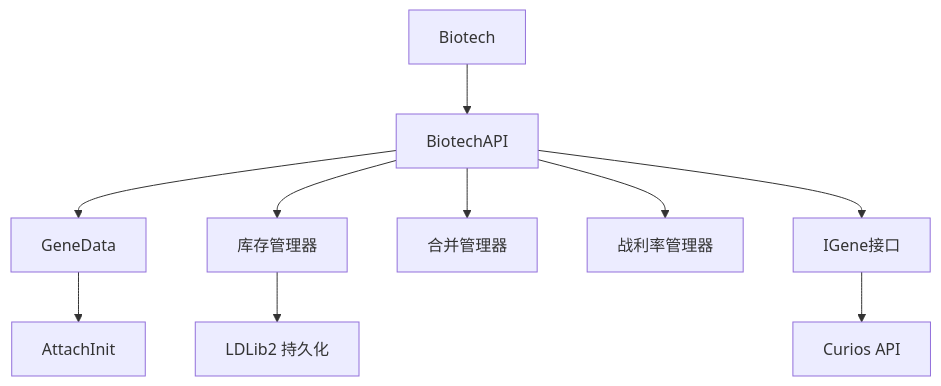
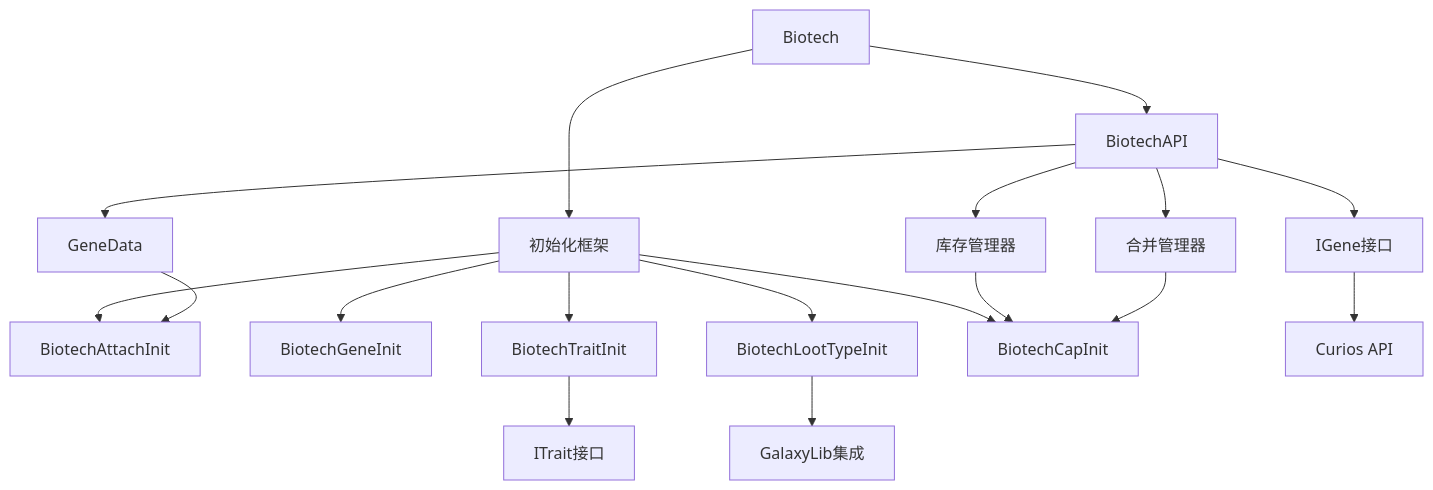
The tenth of 10 diagrams in .qoder/repowiki/zh/content/模块架构/Biotech基因科技模块/Biotech基因科技模块.md (Ver-shift/SubModulesGeneHunter), drawn with Mermaid before and after one commit. The commit also changed other lines of this file and 42 other files, not shown here.

````diff
--- a/.qoder/repowiki/zh/content/模块架构/Biotech基因科技模块/Biotech基因科技模块.md
+++ b/.qoder/repowiki/zh/content/模块架构/Biotech基因科技模块/Biotech基因科技模块.md
@@ -376,12 +462,20 @@
 ```mermaid
 graph TB
 BT["Biotech"] --> API["BiotechAPI"]
 API --> GD["GeneData"]
 API --> INV["库存管理器"]
 API --> MERGE["合并管理器"]
-API --> LOOT["战利率管理器"]
 API --> IG["IGene接口"]
+BT --> INIT["初始化框架"]
+INIT --> ATT["BiotechAttachInit"]
+INIT --> GEN["BiotechGeneInit"]
+INIT --> TRA["BiotechTraitInit"]
+INIT --> LOOT["BiotechLootTypeInit"]
+INIT --> CAP["BiotechCapInit"]
+GD --> ATT
+INV --> CAP
+MERGE --> CAP
+TRA --> TRAIT["ITrait接口"]
+LOOT --> GLL["GalaxyLib集成"]
 IG --> CURIOS["Curios API"]
-GD --> ATT["AttachInit"]
-INV --> LD["LDLib2 持久化"]
 ```
````
